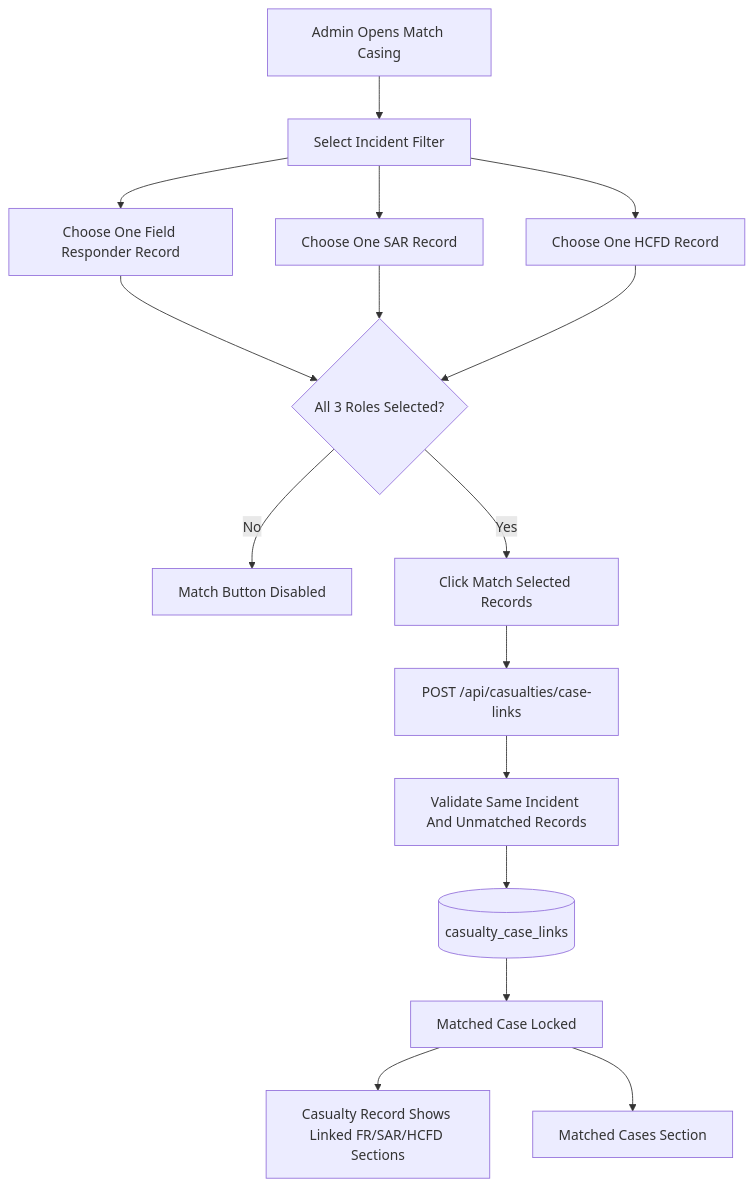
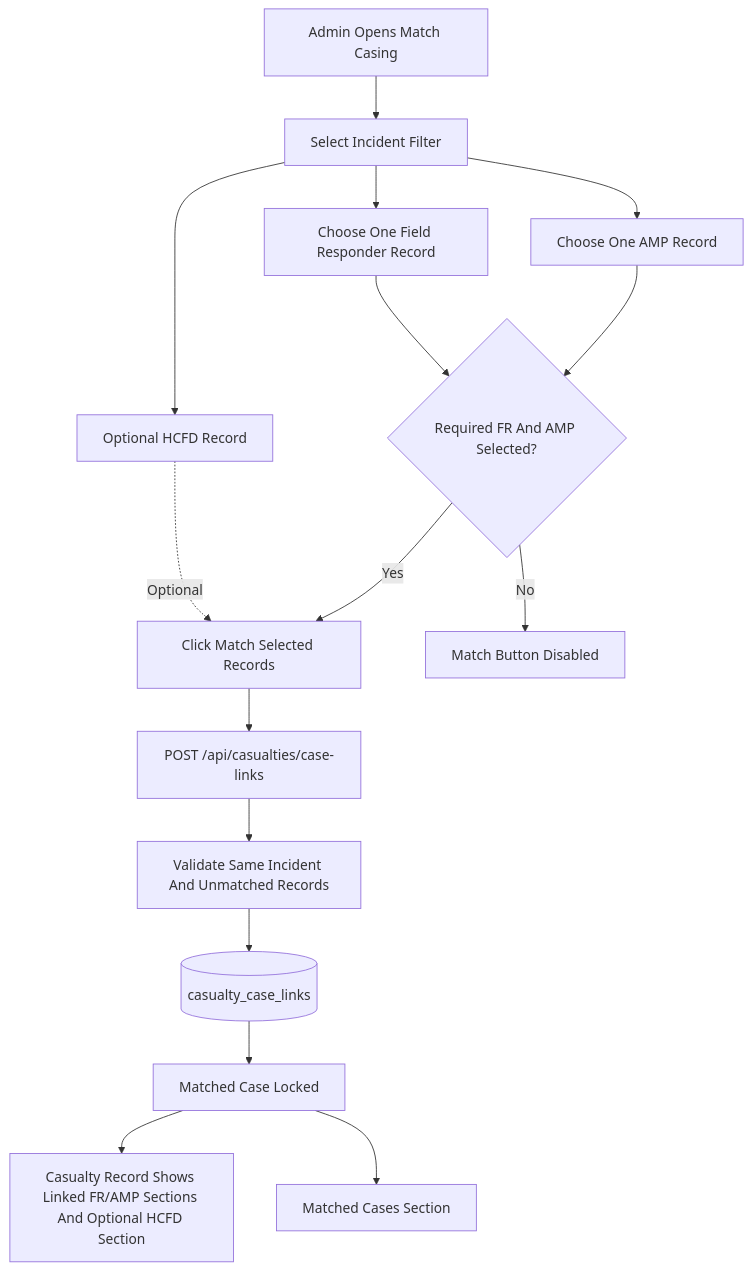
Before and after one commit to jlgallajones/upmanila: the ninth of 11 diagrams in disaster-casualty-system/PROJECT_FLOWCHART_AND_DFD.md, drawn with Mermaid. The commit also changed other lines of this file and 15 other files, not shown here.

````diff
--- a/disaster-casualty-system/PROJECT_FLOWCHART_AND_DFD.md
+++ b/disaster-casualty-system/PROJECT_FLOWCHART_AND_DFD.md
@@ -414,21 +414,21 @@
 ```mermaid
 flowchart TD
   Admin[Admin Opens Match Casing] --> SelectIncident[Select Incident Filter]
   SelectIncident --> FRBox[Choose One Field Responder Record]
-  SelectIncident --> SARBox[Choose One SAR Record]
-  SelectIncident --> HCFDBox[Choose One HCFD Record]
+  SelectIncident --> AMPBox[Choose One AMP Record]
+  SelectIncident --> HCFDBox[Optional HCFD Record]
 
-  FRBox --> CompleteCheck{All 3 Roles Selected?}
-  SARBox --> CompleteCheck
-  HCFDBox --> CompleteCheck
+  FRBox --> CompleteCheck{Required FR And AMP Selected?}
+  AMPBox --> CompleteCheck
+  HCFDBox -. Optional .-> SubmitMatch
 
   CompleteCheck -->|No| Wait[Match Button Disabled]
   CompleteCheck -->|Yes| SubmitMatch[Click Match Selected Records]
 
   SubmitMatch --> API[POST /api/casualties/case-links]
   API --> Validate[Validate Same Incident And Unmatched Records]
   Validate --> CaseLinkDB[(casualty_case_links)]
   CaseLinkDB --> Locked[Matched Case Locked]
-  Locked --> RecordsView[Casualty Record Shows Linked FR/SAR/HCFD Sections]
+  Locked --> RecordsView[Casualty Record Shows Linked FR/AMP Sections And Optional HCFD Section]
   Locked --> MatchedCases[Matched Cases Section]
 ```
````
